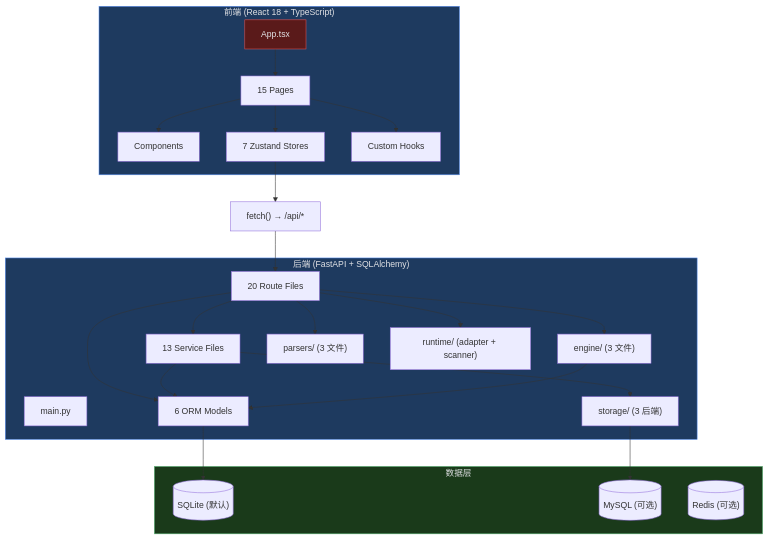
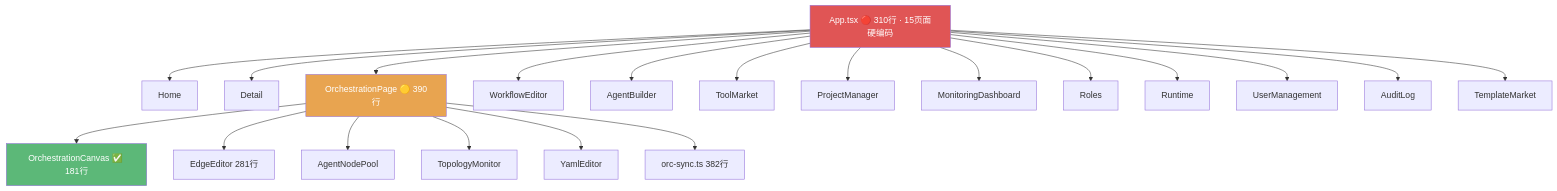
Before and after one commit to malizhi2202-dev/code-flow: the diagram in .specs/health/2026-07-04-HEALTH.md, drawn with Mermaid. The commit also changed other lines of this file and 25 other files, not shown here.

````diff
--- a/.specs/health/2026-07-04-HEALTH.md
+++ b/.specs/health/2026-07-04-HEALTH.md
@@ -62,50 +70,27 @@
 ```mermaid
 graph TD
-    subgraph Frontend["前端 (React 18 + TypeScript)"]
-        App[App.tsx]
-        Pages["15 Pages"]
-        Components["Components"]
-        Stores["7 Zustand Stores"]
-        Hooks["Custom Hooks"]
-    end
+    App["App.tsx 🔴 310行 · 15页面硬编码"] --> Home
+    App --> Detail
+    App --> OrchestrationPage["OrchestrationPage 🟡 390行"]
+    App --> WorkflowEditor
+    App --> AgentBuilder
+    App --> ToolMarket
+    App --> ProjectManager
+    App --> MonitoringDashboard
+    App --> Roles
+    App --> Runtime
+    App --> UserManagement
+    App --> AuditLog
+    App --> TemplateMarket
 
-    subgraph Backend["后端 (FastAPI + SQLAlchemy)"]
-        Main[main.py]
-        Routes["20 Route Files"]
-        Services["13 Service Files"]
-        Models["6 ORM Models"]
-        Engine["engine/ (3 文件)"]
-        Parsers["parsers/ (3 文件)"]
-        Storage["storage/ (3 后端)"]
-        Runtime["runtime/ (adapter + scanner)"]
-    end
+    OrchestrationPage --> OC["OrchestrationCanvas ✅ 181行"]
+    OrchestrationPage --> EE["EdgeEditor 281行"]
+    OrchestrationPage --> ANP[AgentNodePool]
+    OrchestrationPage --> TM[TopologyMonitor]
+    OrchestrationPage --> YE[YamlEditor]
+    OrchestrationPage --> OS["orc-sync.ts 382行"]
 
-    subgraph Data["数据层"]
-        SQLite[("SQLite (默认)")]
-        MySQL[("MySQL (可选)")]
-        Redis[("Redis (可选)")]
-    end
-
-    App --> Pages
-    Pages --> Stores
-    Pages --> Components
-    Pages --> Hooks
-    Stores --> FrontendAPI["fetch() → /api/*"]
-
-    FrontendAPI --> Routes
-    Routes --> Services
-    Routes --> Models
-    Routes --> Engine
-    Routes --> Parsers
-    Services --> Models
-    Routes --> Runtime
-    Engine --> Models
-    Services --> Storage
-    Models --> SQLite
-    Storage --> MySQL
-
-    style Frontend fill:#1e3a5f,stroke:#548cf0,color:#e1e2e5
-    style Backend fill:#1e3a5f,stroke:#548cf0,color:#e1e2e5
-    style Data fill:#1a3a1a,stroke:#5cb878,color:#e1e2e5
-    style App fill:#5a1a1a,stroke:#e05555,color:#e1e2e5
+    style App fill:#e05555,color:#fff
+    style OrchestrationPage fill:#e8a450,color:#fff
+    style OC fill:#5cb878,color:#fff
 ```
````
